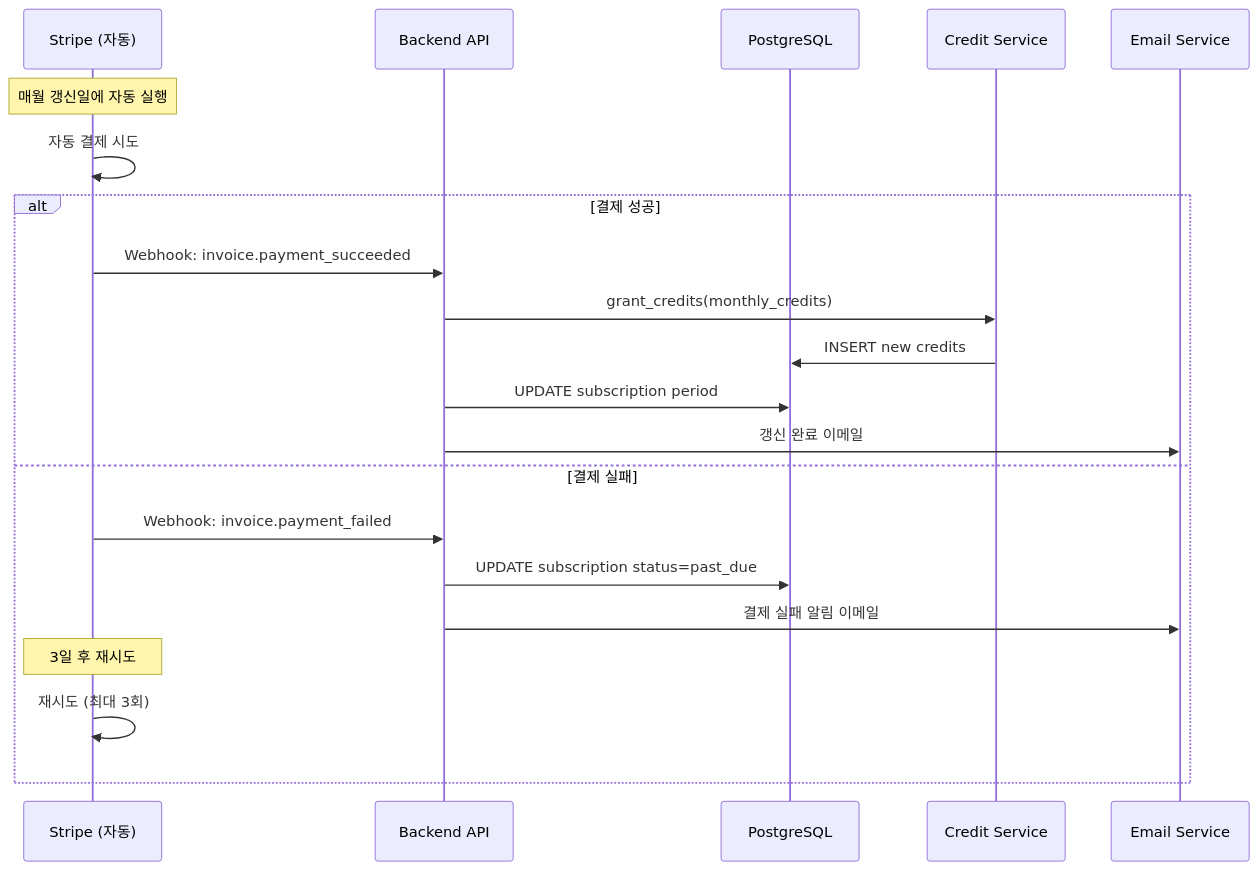
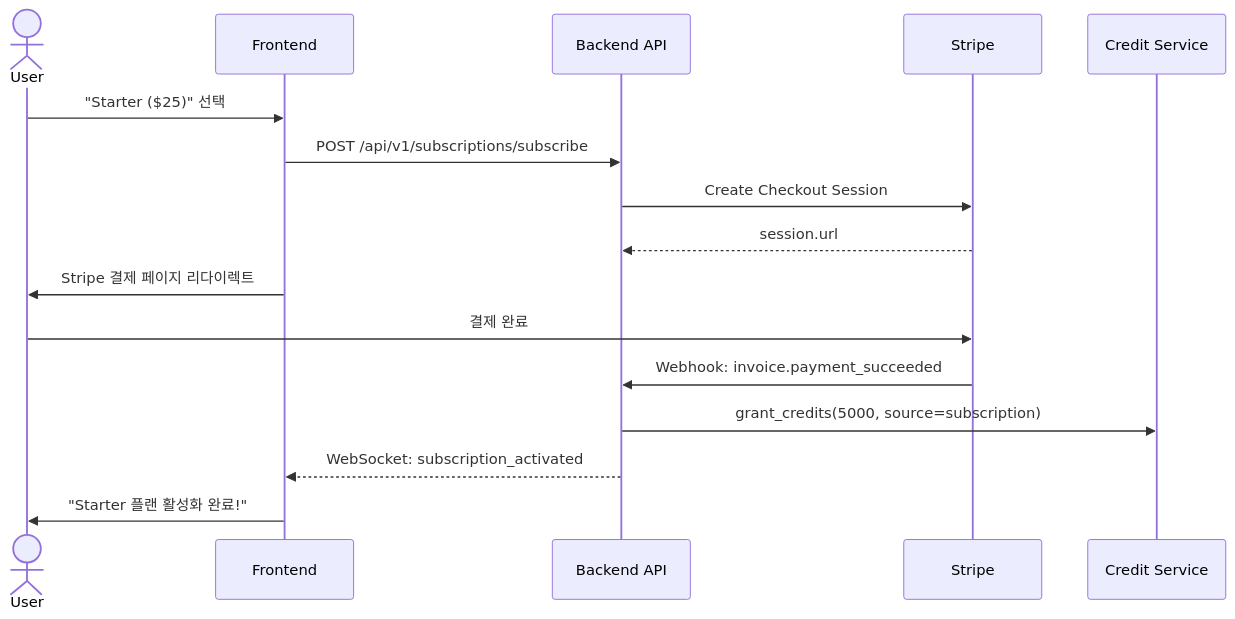
Before and after one commit to Pinksea-AI/InvokeAI: the eighth of 11 diagrams in docs/saas-analysis/05_SUBSCRIPTION_BILLING_SYSTEM.md, drawn with Mermaid. The commit also changed other lines of this file and 6 other files, not shown here.

````diff
--- a/docs/saas-analysis/05_SUBSCRIPTION_BILLING_SYSTEM.md
+++ b/docs/saas-analysis/05_SUBSCRIPTION_BILLING_SYSTEM.md
@@ -728,25 +716,20 @@
 ```mermaid
 sequenceDiagram
-    participant Stripe as Stripe (자동)
+    actor User
+    participant UI as Frontend
     participant API as Backend API
-    participant DB as PostgreSQL
+    participant Stripe as Stripe
     participant Credit as Credit Service
-    participant Email as Email Service
 
-    Note over Stripe: 매월 갱신일에 자동 실행
-    Stripe->>Stripe: 자동 결제 시도
+    User->>UI: "Starter ($25)" 선택
+    UI->>API: POST /api/v1/subscriptions/subscribe
+    API->>Stripe: Create Checkout Session
+    Stripe-->>API: session.url
+    UI->>User: Stripe 결제 페이지 리다이렉트
 
-    alt 결제 성공
-        Stripe->>API: Webhook: invoice.payment_succeeded
-        API->>Credit: grant_credits(monthly_credits)
-        Credit->>DB: INSERT new credits
-        API->>DB: UPDATE subscription period
-        API->>Email: 갱신 완료 이메일
-    else 결제 실패
-        Stripe->>API: Webhook: invoice.payment_failed
-        API->>DB: UPDATE subscription status=past_due
-        API->>Email: 결제 실패 알림 이메일
-        Note over Stripe: 3일 후 재시도
-        Stripe->>Stripe: 재시도 (최대 3회)
-    end
+    User->>Stripe: 결제 완료
+    Stripe->>API: Webhook: invoice.payment_succeeded
+    API->>Credit: grant_credits(5000, source=subscription)
+    API-->>UI: WebSocket: subscription_activated
+    UI->>User: "Starter 플랜 활성화 완료!"
 ```
````
